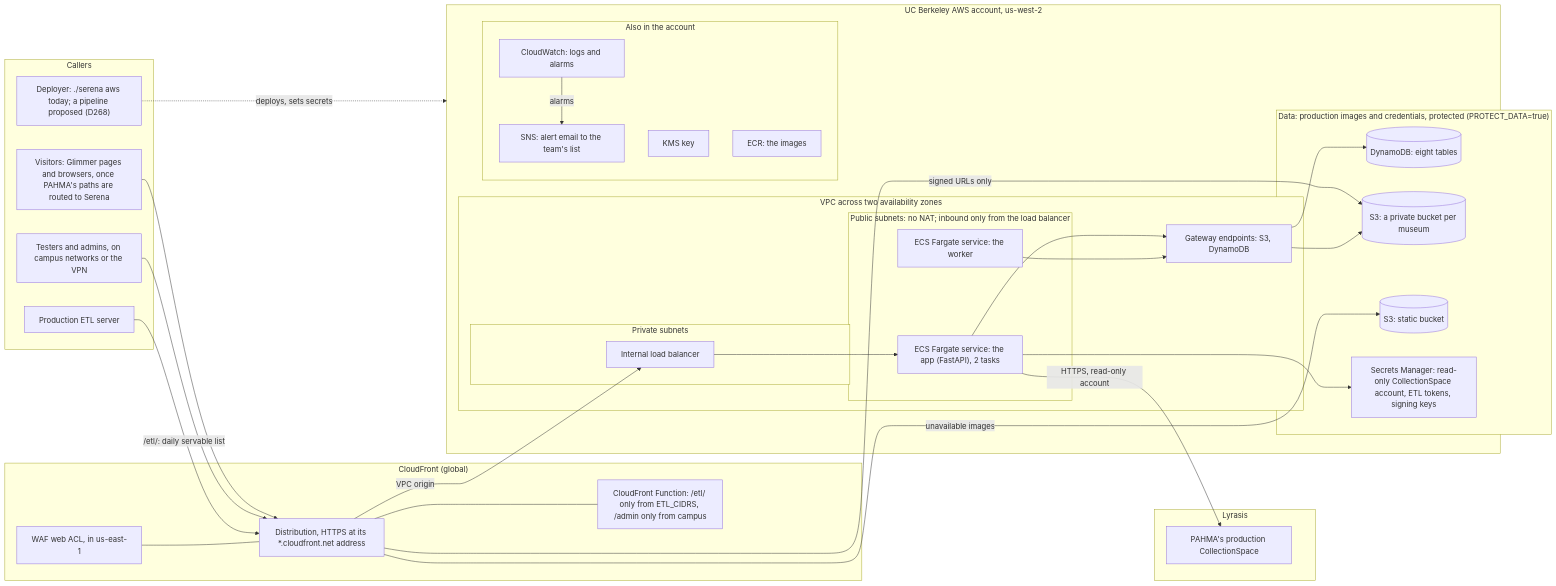
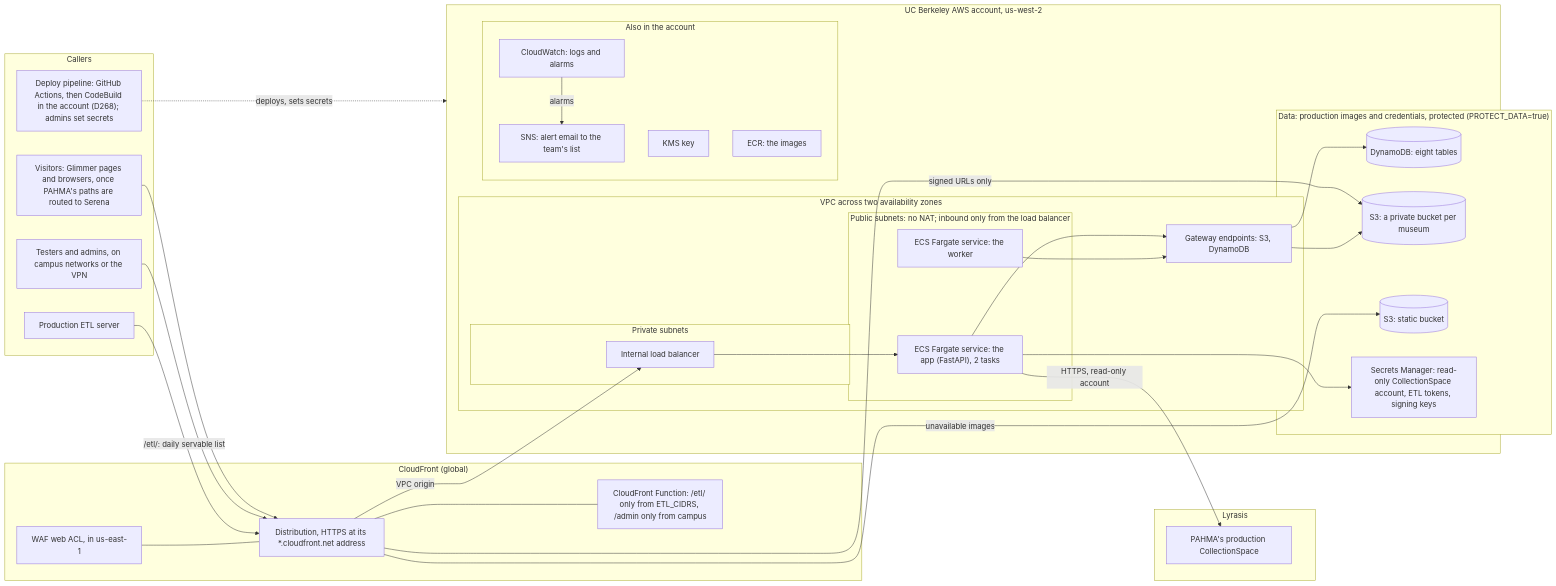
The second of 2 diagrams in deploy/README.md (ets-berkeley-edu/cspace-media-server), drawn with Mermaid before and after one commit. The commit also changed other lines of this file and 1 other file, not shown here.

First line of the commit message:
Record the deploy pipeline decisions (D268 to D277)

````diff
--- a/deploy/README.md
+++ b/deploy/README.md
@@ -212,62 +216,62 @@
 ```mermaid
 flowchart LR
   subgraph callers["Callers"]
     visitors["Visitors: Glimmer pages and browsers, once PAHMA's paths are routed to Serena"]
     testers["Testers and admins, on campus networks or the VPN"]
     etl["Production ETL server"]
-    deployer["Deployer: ./serena aws today; a pipeline proposed (D268)"]
+    deployer["Deploy pipeline: GitHub Actions, then CodeBuild in the account (D268); admins set secrets"]
   end
 
   subgraph edge["CloudFront (global)"]
     cf["Distribution, HTTPS at its *.cloudfront.net address"]
     fn["CloudFront Function: /etl/ only from ETL_CIDRS, /admin only from campus"]
     waf["WAF web ACL, in us-east-1"]
   end
 
   subgraph lyrasis["Lyrasis"]
     cspace["PAHMA's production CollectionSpace"]
   end
 
   subgraph account["UC Berkeley AWS account, us-west-2"]
     subgraph vpc["VPC across two availability zones"]
       subgraph private["Private subnets"]
         alb["Internal load balancer"]
       end
       subgraph public["Public subnets: no NAT; inbound only from the load balancer"]
         web["ECS Fargate service: the app (FastAPI), 2 tasks"]
         worker["ECS Fargate service: the worker"]
       end
       gw["Gateway endpoints: S3, DynamoDB"]
     end
     subgraph data["Data: production images and credentials, protected (PROTECT_DATA=true)"]
       ddb[("DynamoDB: eight tables")]
       museum[("S3: a private bucket per museum")]
       static[("S3: static bucket")]
       secrets["Secrets Manager: read-only CollectionSpace account, ETL tokens, signing keys"]
     end
     subgraph ops["Also in the account"]
       logs["CloudWatch: logs and alarms"]
       sns["SNS: alert email to the team's list"]
       kms["KMS key"]
       ecr["ECR: the images"]
     end
   end
 
   visitors --> cf
   testers --> cf
   etl -->|"/etl/: daily servable list"| cf
   cf --- fn
   waf --- cf
   cf -->|"VPC origin"| alb
   alb --> web
   cf -->|"signed URLs only"| museum
   cf -->|"unavailable images"| static
   web --> gw
   worker --> gw
   gw --> ddb
   gw --> museum
   web --> secrets
   web -->|"HTTPS, read-only account"| cspace
   logs -->|"alarms"| sns
   deployer -.->|"deploys, sets secrets"| account
 ```
````
